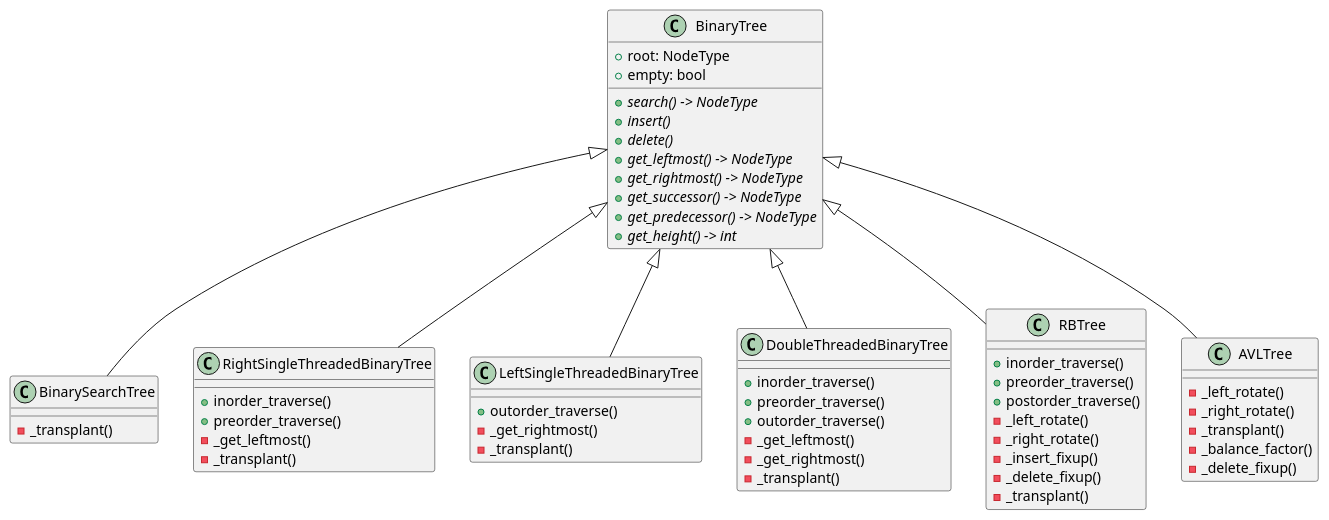
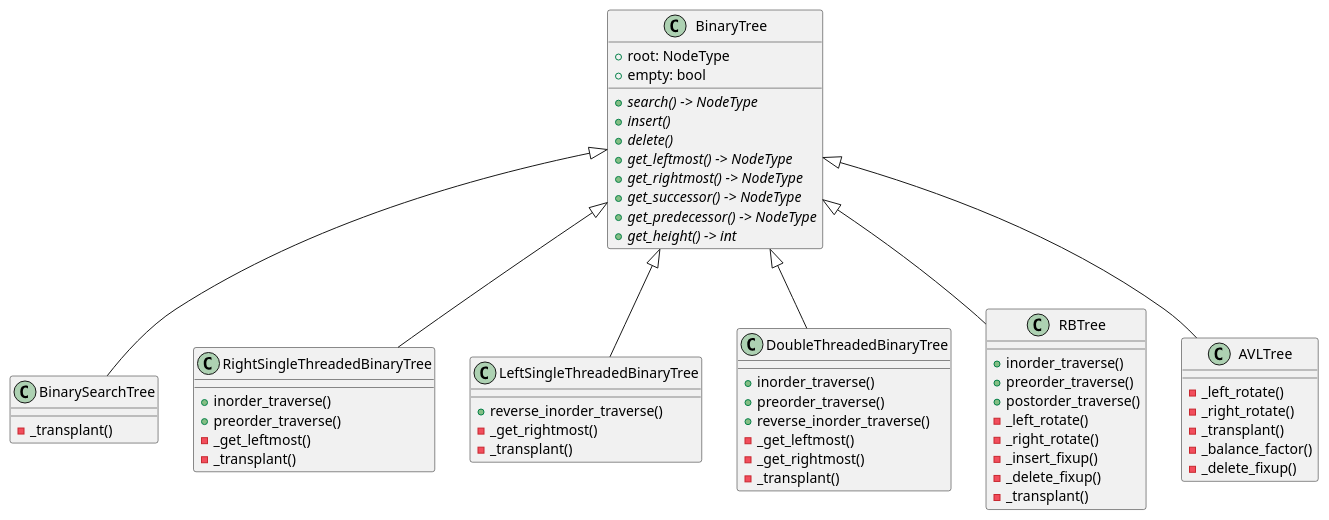
Before and after one commit to shunsvineyard/pyforest: the diagram in diagrams/binary_tree_class_diagram.wsd, drawn with PlantUML. The commit also changed 9 other files, not shown here.

```diff
--- a/diagrams/binary_tree_class_diagram.wsd
+++ b/diagrams/binary_tree_class_diagram.wsd
@@ -1,70 +1,70 @@
 @startuml
 
 BinaryTree <|-- BinarySearchTree
 BinaryTree <|-- RightSingleThreadedBinaryTree
 BinaryTree <|-- LeftSingleThreadedBinaryTree
 BinaryTree <|-- DoubleThreadedBinaryTree
 BinaryTree <|-- RBTree
 BinaryTree <|-- AVLTree
 
 class BinaryTree {
     +root: NodeType
     +empty: bool
     {abstract} +search() -> NodeType
     {abstract} +insert()
     {abstract} +delete()
     {abstract} +get_leftmost() -> NodeType
     {abstract} +get_rightmost() -> NodeType
     {abstract} +get_successor() -> NodeType
     {abstract} +get_predecessor() -> NodeType
     {abstract} +get_height() -> int
 }
 
 class BinarySearchTree {
     -_transplant()
 }
 
 class RightSingleThreadedBinaryTree {
     +inorder_traverse()
     +preorder_traverse()
     -_get_leftmost()
     -_transplant()
 }
 
 class LeftSingleThreadedBinaryTree {
-    +outorder_traverse()
+    +reverse_inorder_traverse()
     -_get_rightmost()
     -_transplant()
 }
 
 class DoubleThreadedBinaryTree {
     +inorder_traverse()
     +preorder_traverse()
-    +outorder_traverse()
+    +reverse_inorder_traverse()
     -_get_leftmost()
     -_get_rightmost()
     -_transplant()
 }
 
 class RBTree {
     +inorder_traverse()
     +preorder_traverse()
     +postorder_traverse()
     -_left_rotate()
     -_right_rotate()
     -_insert_fixup()
     -_delete_fixup()
     -_transplant()
 
 }
 
 class AVLTree {
     -_left_rotate()
     -_right_rotate()
     -_transplant()
     -_balance_factor()
     -_delete_fixup()
 }
 
 
 @enduml
```
